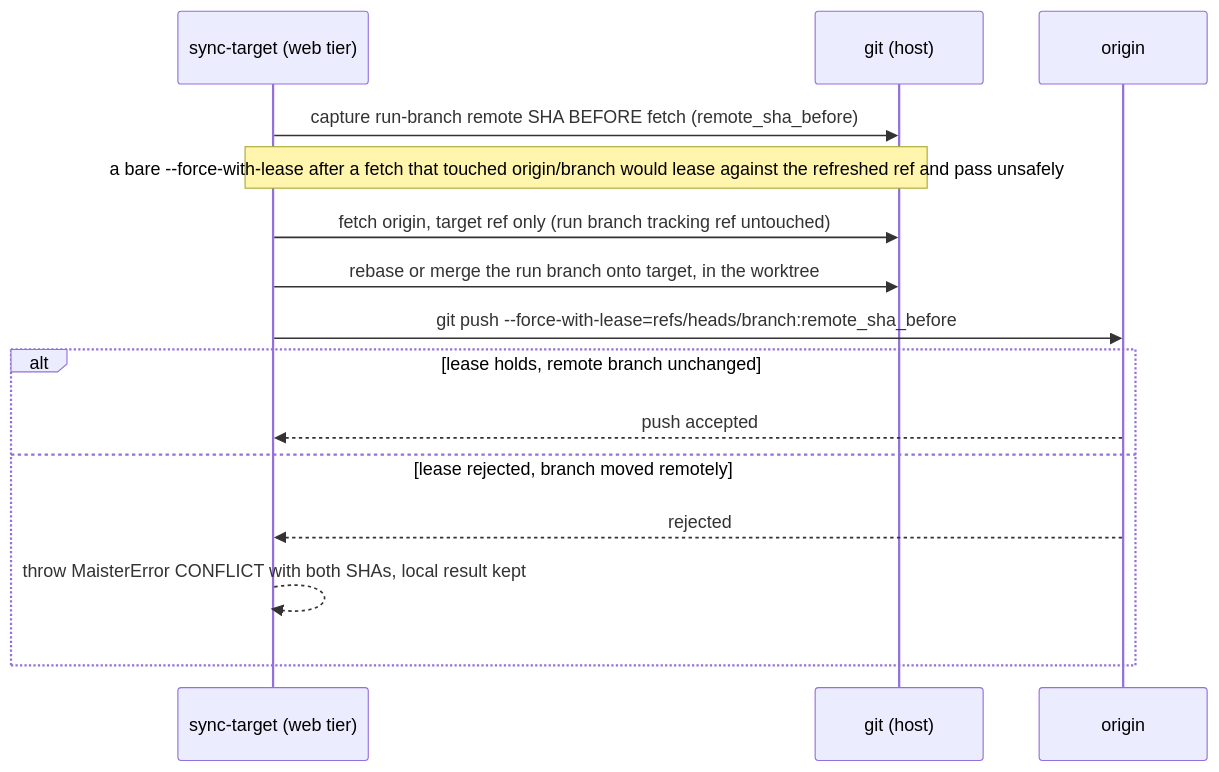
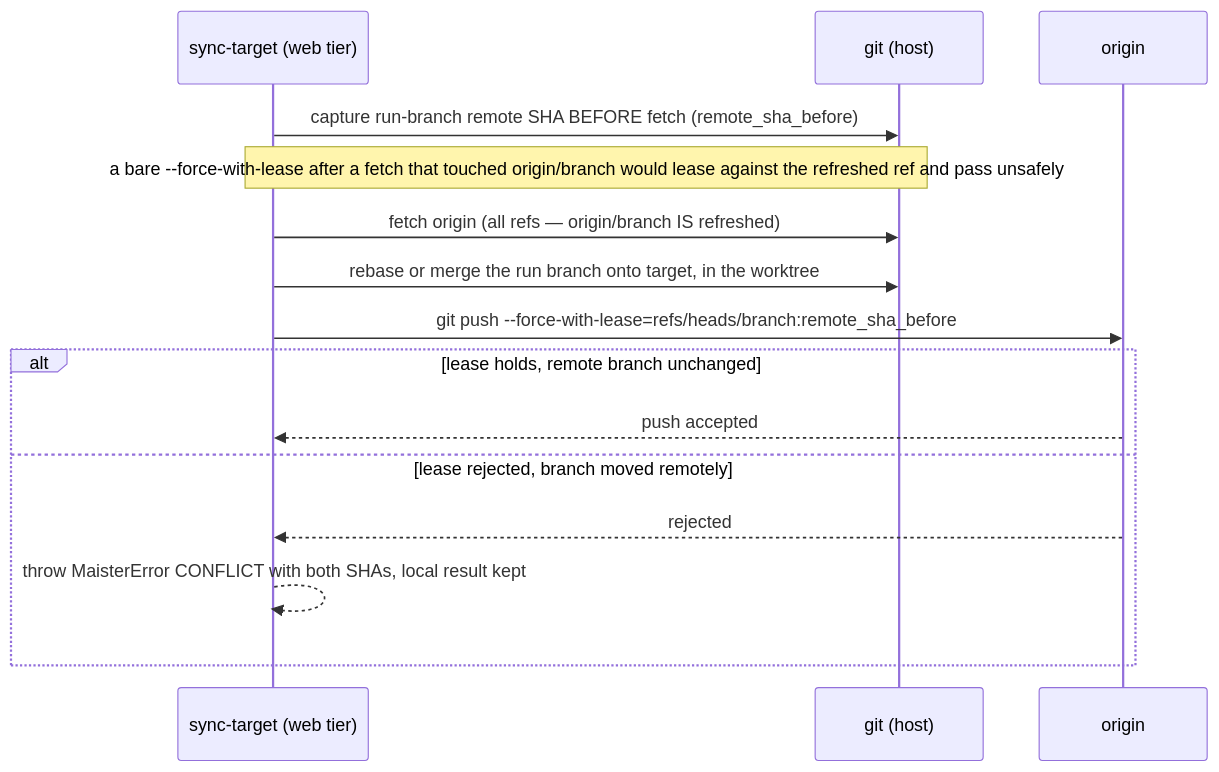
One commit to maister-dev/maister changed the ninth of 10 diagrams in docs/system-analytics/git-integration.md. Above: the diagram before and after it, drawn with Mermaid. The commit also changed other lines of this file and 9 other files, not shown here.

First line of the commit message:
docs: kill the target-scoped-fetch myth and the one-transaction claim

````diff
--- a/docs/system-analytics/git-integration.md
+++ b/docs/system-analytics/git-integration.md
@@ -371,17 +372,17 @@
 ```mermaid
 sequenceDiagram
     participant ST as sync-target (web tier)
     participant GIT as git (host)
     participant REMOTE as origin
     ST->>GIT: capture run-branch remote SHA BEFORE fetch (remote_sha_before)
     Note over ST,GIT: a bare --force-with-lease after a fetch that touched origin/branch would lease against the refreshed ref and pass unsafely
-    ST->>GIT: fetch origin, target ref only (run branch tracking ref untouched)
+    ST->>GIT: fetch origin (all refs — origin/branch IS refreshed)
     ST->>GIT: rebase or merge the run branch onto target, in the worktree
     ST->>REMOTE: git push --force-with-lease=refs/heads/branch:remote_sha_before
     alt lease holds, remote branch unchanged
         REMOTE-->>ST: push accepted
     else lease rejected, branch moved remotely
         REMOTE-->>ST: rejected
         ST-->>ST: throw MaisterError CONFLICT with both SHAs, local result kept
     end
 ```
````
